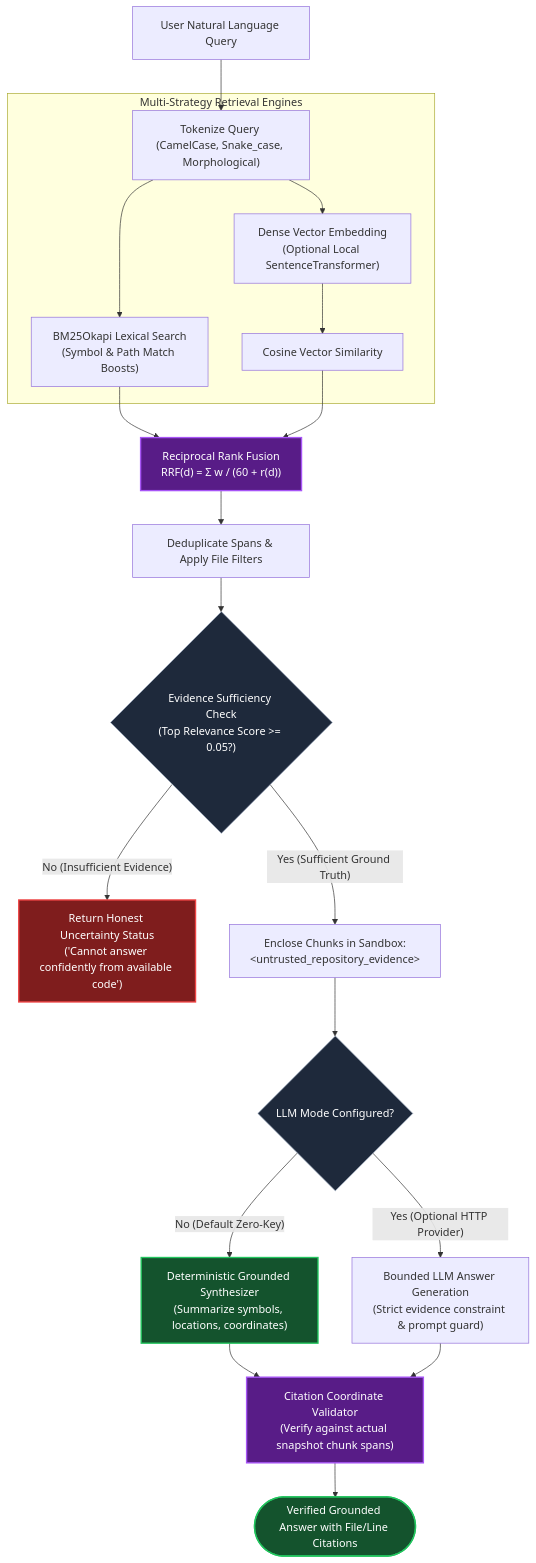
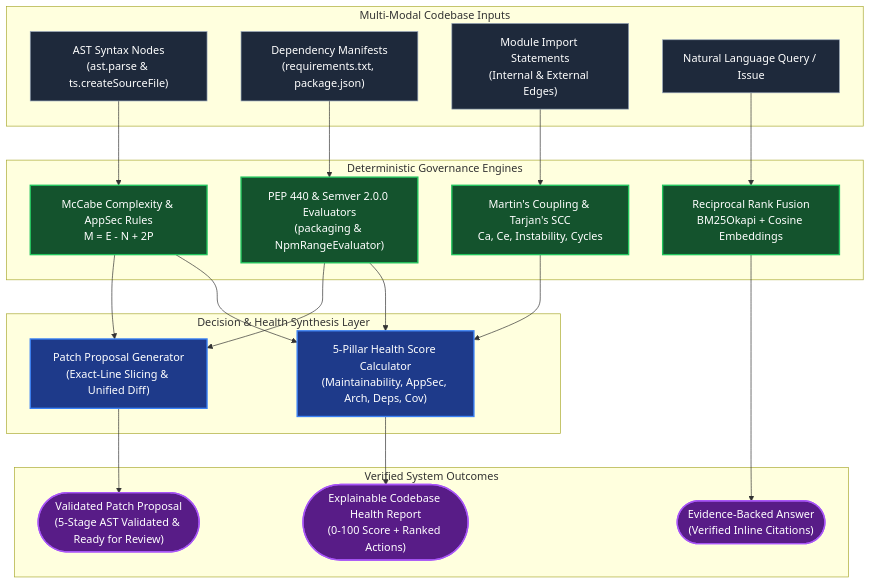
Before and after one commit to Akhil-Bansal17/CodeSentinel-AI: the fifth of 5 diagrams in README.md, drawn with Mermaid. The commit also changed other lines of this file, not shown here.

````diff
--- a/README.md
+++ b/README.md
@@ -1103,38 +1162,52 @@
 ```mermaid
 flowchart TD
-    UserQuery["User Natural Language Query"] --> Chunker["Tokenize Query (CamelCase, Snake_case, Morphological)"]
-
-    subgraph RetrievalEngines["Multi-Strategy Retrieval Engines"]
-        Chunker --> BM25["BM25Okapi Lexical Search<br/>(Symbol & Path Match Boosts)"]
-        Chunker --> Embeddings["Dense Vector Embedding<br/>(Optional Local SentenceTransformer)"]
-        Embeddings --> Cosine["Cosine Vector Similarity"]
+    subgraph Inputs["Multi-Modal Codebase Inputs"]
+        ASTNodes["AST Syntax Nodes<br/>(ast.parse & ts.createSourceFile)"]
+        ManifestDeps["Dependency Manifests<br/>(requirements.txt, package.json)"]
+        ModuleImports["Module Import Statements<br/>(Internal & External Edges)"]
+        UserQuery["Natural Language Query / Issue"]
     end
 
-    BM25 --> RRFCombiner["Reciprocal Rank Fusion<br/>RRF(d) = Σ w / (60 + r(d))"]
-    Cosine --> RRFCombiner
+    subgraph DeterministicEngines["Deterministic Governance Engines"]
+        ComplexityCalc["McCabe Complexity & AppSec Rules<br/>M = E - N + 2P"]
+        VersionMatcher["PEP 440 & Semver 2.0.0 Evaluators<br/>(packaging & NpmRangeEvaluator)"]
+        GraphMetrics["Martin's Coupling & Tarjan's SCC<br/>Ca, Ce, Instability, Cycles"]
+        RRFEngine["Reciprocal Rank Fusion<br/>BM25Okapi + Cosine Embeddings"]
+    end
 
-    RRFCombiner --> Deduplication["Deduplicate Spans & Apply File Filters"]
-    Deduplication --> SufficiencyCheck{"Evidence Sufficiency Check<br/>(Top Relevance Score >= 0.05?)"}
+    subgraph Convergence["Decision & Health Synthesis Layer"]
+        HealthAggregator["5-Pillar Health Score Calculator<br/>(Maintainability, AppSec, Arch, Deps, Cov)"]
+        PatchSynthesis["Patch Proposal Generator<br/>(Exact-Line Slicing & Unified Diff)"]
+    end
 
-    SufficiencyCheck -->|"No (Insufficient Evidence)"| UncertaintyResponse["Return Honest Uncertainty Status<br/>('Cannot answer confidently from available code')"]
-    SufficiencyCheck -->|"Yes (Sufficient Ground Truth)"| SandboxWrap["Enclose Chunks in Sandbox:<br/>&lt;untrusted_repository_evidence&gt;"]
+    subgraph Outcomes["Verified System Outcomes"]
+        HealthReport(["Explainable Codebase Health Report<br/>(0-100 Score + Ranked Actions)"])
+        GroundedQA(["Evidence-Backed Answer<br/>(Verified Inline Citations)"])
+        VerifiedPatch(["Validated Patch Proposal<br/>(5-Stage AST Validated & Ready for Review)"])
+    end
 
-    SandboxWrap --> AnsweringEngine{"LLM Mode Configured?"}
-    AnsweringEngine -->|"No (Default Zero-Key)"| DeterministicSynth["Deterministic Grounded Synthesizer<br/>(Summarize symbols, locations, coordinates)"]
-    AnsweringEngine -->|"Yes (Optional HTTP Provider)"| BoundedLLM["Bounded LLM Answer Generation<br/>(Strict evidence constraint & prompt guard)"]
+    ASTNodes --> ComplexityCalc
+    ManifestDeps --> VersionMatcher
+    ModuleImports --> GraphMetrics
+    UserQuery --> RRFEngine
 
-    DeterministicSynth --> CitationValidator["Citation Coordinate Validator<br/>(Verify against actual snapshot chunk spans)"]
-    BoundedLLM --> CitationValidator
+    ComplexityCalc --> HealthAggregator
+    ComplexityCalc --> PatchSynthesis
+    VersionMatcher --> HealthAggregator
+    VersionMatcher --> PatchSynthesis
+    GraphMetrics --> HealthAggregator
+    RRFEngine --> GroundedQA
 
-    CitationValidator --> FinalOutput(["Verified Grounded Answer with File/Line Citations"])
+    HealthAggregator --> HealthReport
+    PatchSynthesis --> VerifiedPatch
 
-    classDef secure fill:#14532d,stroke:#22c55e,stroke-width:2px,color:#ffffff;
-    classDef check fill:#1e293b,stroke:#94a3b8,stroke-width:1px,color:#ffffff;
-    classDef caution fill:#7f1d1d,stroke:#ef4444,stroke-width:2px,color:#ffffff;
-    classDef smart fill:#581c87,stroke:#a855f7,stroke-width:2px,color:#ffffff;
+    classDef input fill:#1e293b,stroke:#94a3b8,stroke-width:1px,color:#ffffff;
+    classDef engine fill:#14532d,stroke:#22c55e,stroke-width:2px,color:#ffffff;
+    classDef decision fill:#1e3a8a,stroke:#3b82f6,stroke-width:2px,color:#ffffff;
+    classDef outcome fill:#581c87,stroke:#a855f7,stroke-width:2px,color:#ffffff;
 
-    class FinalOutput,DeterministicSynth secure;
-    class UncertaintyResponse caution;
-    class SufficiencyCheck,AnsweringEngine check;
-    class RRFCombiner,CitationValidator smart;
+    class ASTNodes,ManifestDeps,ModuleImports,UserQuery input;
+    class ComplexityCalc,VersionMatcher,GraphMetrics,RRFEngine engine;
+    class HealthAggregator,PatchSynthesis decision;
+    class HealthReport,GroundedQA,VerifiedPatch outcome;
 ```
````
